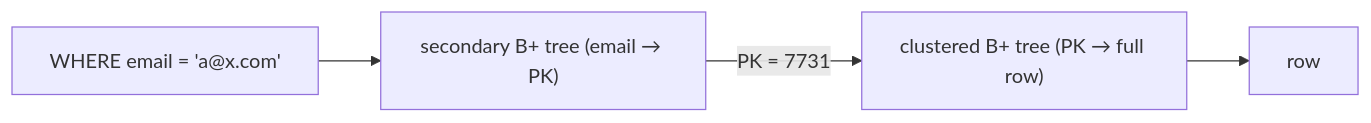
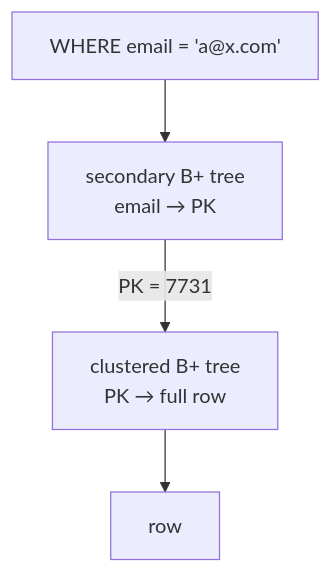
One commit to Siva010/CoreCS changed the diagram in content/lessons/db/db-clustered-indexes.md. Above: the diagram before and after it, drawn with Mermaid. The commit also changed 54 other files, not shown here.

First line of the commit message:
Add diagrams to the database lessons and make them readable

````diff
--- a/content/lessons/db/db-clustered-indexes.md
+++ b/content/lessons/db/db-clustered-indexes.md
@@ -57,6 +57,6 @@
 ```mermaid
-flowchart LR
-    Q["WHERE email = 'a@x.com'"] --> S["secondary B+ tree (email → PK)"]
-    S -->|"PK = 7731"| C["clustered B+ tree (PK → full row)"]
+flowchart TD
+    Q["WHERE email = 'a@x.com'"] --> S["secondary B+ tree<br/>email → PK"]
+    S -->|"PK = 7731"| C["clustered B+ tree<br/>PK → full row"]
     C --> R["row"]
 ```
````
